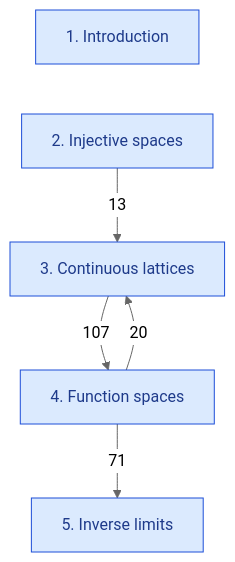
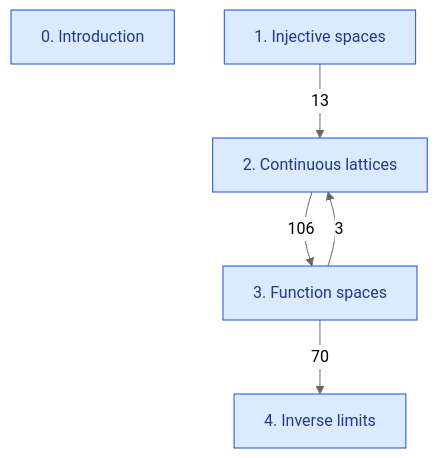
One commit to catskillsresearch/DomainTheory changed the diagram in DomainTheory/1972_ContinuousLattices.mermaid. Above: the diagram before and after it, drawn with Mermaid (neutral theme). The commit also changed 19 other files, not shown here.

```diff
--- a/DomainTheory/1972_ContinuousLattices.mermaid
+++ b/DomainTheory/1972_ContinuousLattices.mermaid
@@ -1,16 +1,15 @@
 %% Arrowhead on the importer. The number is a direct-import count.
 %% An arrow already implied by a longer path is omitted.
-%% Introduction has no Lean code, so it has no arrow.
+%% Section 0 has no Lean code, so it has no arrow.
 flowchart TB
-  INTRO["1. Introduction"]
-  INJ["2. Injective spaces"]
-  CL["3. Continuous lattices"]
-  FS["4. Function spaces"]
-  LIM["5. Inverse limits"]
-  INTRO ~~~ INJ
+  INTRO["0. Introduction"]
+  INJ["1. Injective spaces"]
+  CL["2. Continuous lattices"]
+  FS["3. Function spaces"]
+  LIM["4. Inverse limits"]
   INJ -->|"13"| CL
-  CL -->|"107"| FS
-  FS -->|"20"| CL
-  FS -->|"71"| LIM
+  CL -->|"106"| FS
+  FS -->|"3"| CL
+  FS -->|"70"| LIM
   classDef section fill:#dbeafe,stroke:#1d4ed8,color:#1e3a8a
   class INTRO,INJ,CL,FS,LIM section
```
